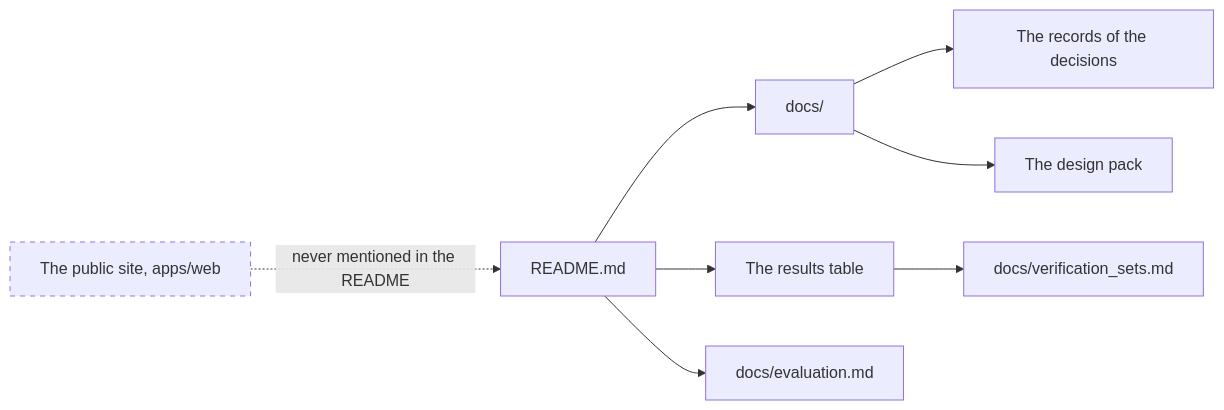
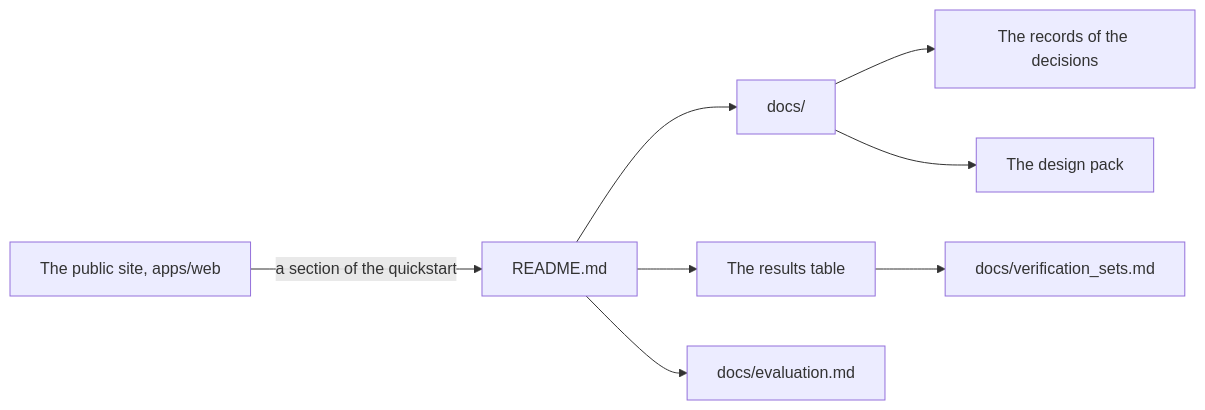
One commit to erikunha/ledgerlens changed the ninth of 13 diagrams in docs/readiness-2027.md. Above: the diagram before and after it, drawn with Mermaid. The commit also changed other lines of this file and 9 other files, not shown here.

````diff
--- a/docs/readiness-2027.md
+++ b/docs/readiness-2027.md
@@ -561,10 +565,9 @@
 ```mermaid
 flowchart LR
   README["README.md"] --> DOCS["docs/"]
   DOCS --> ADR["The records of the decisions"]
   DOCS --> PACK["The design pack"]
   README --> NUM["The results table"] --> VER["docs/verification_sets.md"]
   README --> EVAL["docs/evaluation.md"]
-  SITE["The public site, apps/web"] -.->|"never mentioned in the README"| README
-  style SITE stroke-dasharray: 5 5
+  SITE["The public site, apps/web"] -->|"a section of the quickstart"| README
 ```
````
